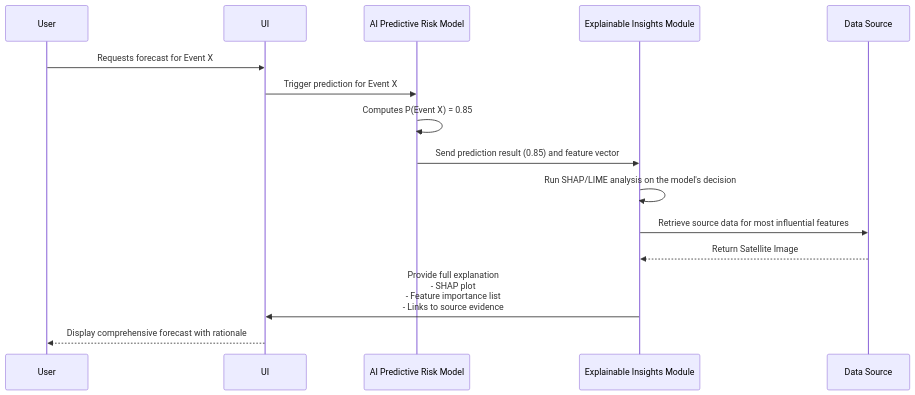
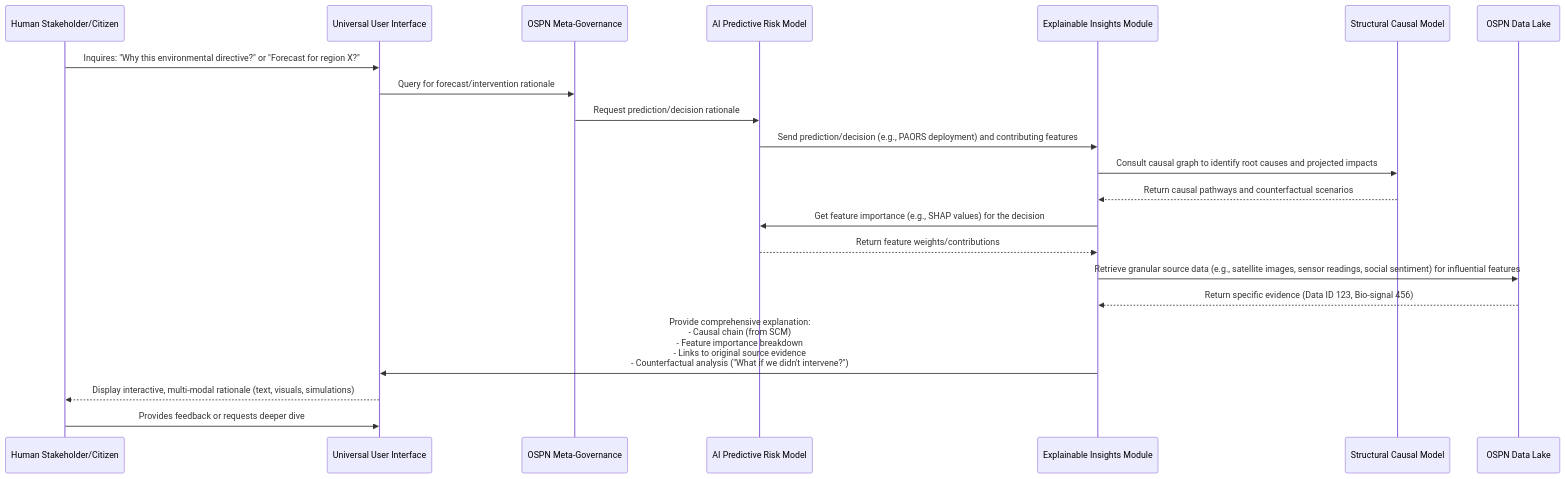
One commit to diplomat-bit/Citibank_Demo_Business_Inc_Demonstration- changed the sixth of 10 diagrams in inventions/119_ai_geopolitical_risk_forecasting.md. Above: the diagram before and after it, drawn with Mermaid. The commit also changed other lines of this file, not shown here.

````diff
--- a/inventions/119_ai_geopolitical_risk_forecasting.md
+++ b/inventions/119_ai_geopolitical_risk_forecasting.md
@@ -427,18 +714,24 @@
 ```mermaid
 sequenceDiagram
-    participant User
-    participant UI
+    participant Human as Human Stakeholder/Citizen
+    participant UUI as Universal User Interface
+    participant OSPN_MG as OSPN Meta-Governance
     participant APR as AI Predictive Risk Model
     participant XAI as Explainable Insights Module
-    participant DataLake as Data Source
+    participant SCM as Structural Causal Model
+    participant OSPN_DL as OSPN Data Lake
 
-    User->>UI: Requests forecast for Event X
-    UI->>APR: Trigger prediction for Event X
-    APR->>APR: Computes P(Event X) = 0.85
-    APR->>XAI: Send prediction result (0.85) and feature vector
-    XAI->>XAI: Run SHAP/LIME analysis on the model's decision
-    XAI->>DataLake: Retrieve source data for most influential features
-    DataLake-->>XAI: Return Satellite Image #123, Diplomatic Cable #456
-    XAI->>UI: Provide full explanation<br/>- SHAP plot<br/>- Feature importance list<br/>- Links to source evidence
-    UI-->>User: Display comprehensive forecast with rationale
+    Human->>UUI: Inquires: "Why this environmental directive?" or "Forecast for region X?"
+    UUI->>OSPN_MG: Query for forecast/intervention rationale
+    OSPN_MG->>APR: Request prediction/decision rationale
+    APR->>XAI: Send prediction/decision (e.g., PAORS deployment) and contributing features
+    XAI->>SCM: Consult causal graph to identify root causes and projected impacts
+    SCM-->>XAI: Return causal pathways and counterfactual scenarios
+    XAI->>APR: Get feature importance (e.g., SHAP values) for the decision
+    APR-->>XAI: Return feature weights/contributions
+    XAI->>OSPN_DL: Retrieve granular source data (e.g., satellite images, sensor readings, social sentiment) for influential features
+    OSPN_DL-->>XAI: Return specific evidence (Data ID 123, Bio-signal 456)
+    XAI->>UUI: Provide comprehensive explanation:<br/>- Causal chain (from SCM)<br/>- Feature importance breakdown<br/>- Links to original source evidence<br/>- Counterfactual analysis ("What if we didn't intervene?")
+    UUI-->>Human: Display interactive, multi-modal rationale (text, visuals, simulations)
+    Human->>UUI: Provides feedback or requests deeper dive
 ```
````
